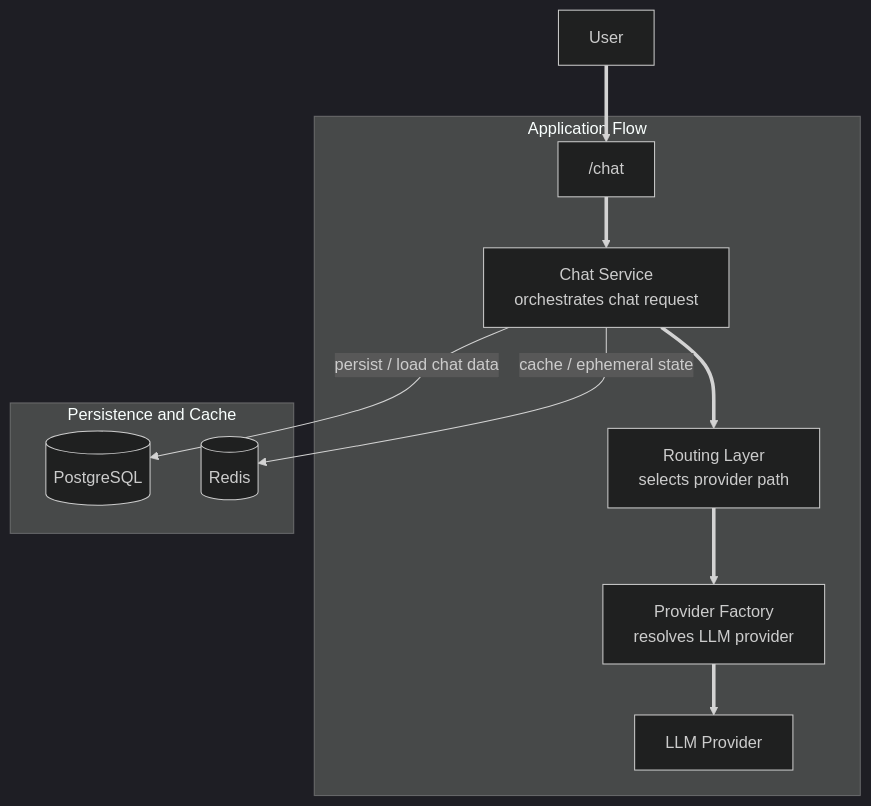
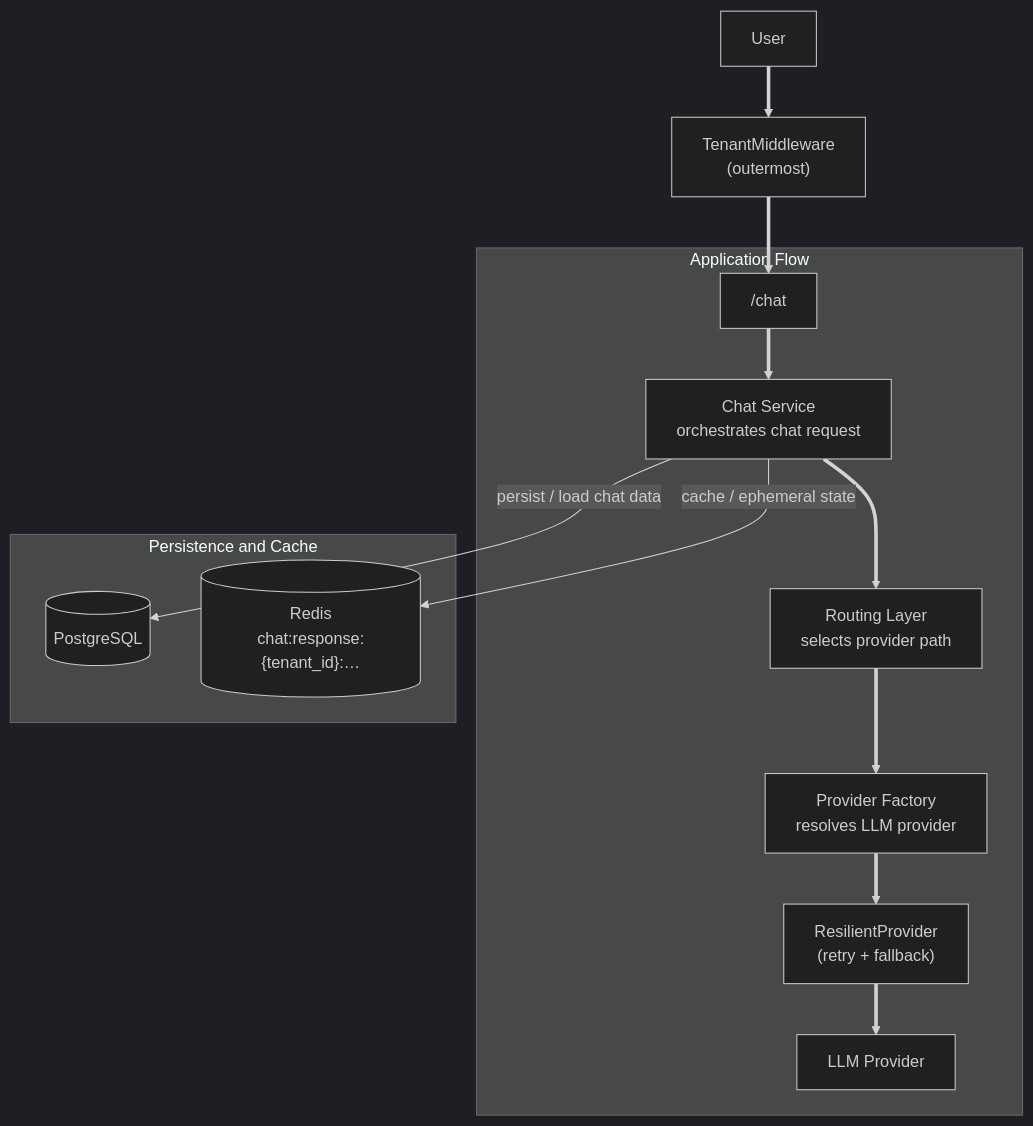
The diagram in docs/working/diagrams/architecture/chat-flow-architecture-v2.mmd (matudasilva/llm-chat-platform), drawn with Mermaid (dark theme) before and after one commit. The commit also changed 2 other files, not shown here.

Commit message:
docs(ORQ-18.1): update architecture diagrams to reflect current implementation
provider-abstraction-architecture-v1.mmd: add ResilientProvider as explicit
Resilience Layer between ProviderFactory and concrete providers. Factory resolves
to ResilientProvider (not directly to ProviderPort); ResilientProvider implements
ProviderPort and wraps primary/fallback concrete providers.

module-boundaries-architecture-v1.mmd: add http/ subgraph with TenantMiddleware
as outermost module layer; note ResilientProvider alongside Concrete Providers.

chat-flow-architecture-v2.mmd: add TenantMiddleware before /chat, add
ResilientProvider between ProviderFactory and LLM Provider, annotate Redis
with tenant-namespaced key format.

streaming-fallback-sequence-v1.mmd and chat-flow-architecture-v1.mmd: no changes
(accurate at their level of abstraction).

```diff
--- a/docs/working/diagrams/architecture/chat-flow-architecture-v2.mmd
+++ b/docs/working/diagrams/architecture/chat-flow-architecture-v2.mmd
@@ -1,17 +1,19 @@
 flowchart TD
-    U["User"] ==> API["/chat"]
+    U["User"] ==> TM["TenantMiddleware<br/>(outermost)"]
+    TM ==> API["/chat"]
 
     subgraph APP["Application Flow"]
         API ==> CS["Chat Service<br/>orchestrates chat request"]
         CS ==> RL["Routing Layer<br/>selects provider path"]
         RL ==> PF["Provider Factory<br/>resolves LLM provider"]
-        PF ==> LP["LLM Provider"]
+        PF ==> RP["ResilientProvider<br/>(retry + fallback)"]
+        RP ==> LP["LLM Provider"]
     end
 
     subgraph STATE["Persistence and Cache"]
         PG[("PostgreSQL")]
-        RD[("Redis")]
+        RD[("Redis<br/>chat:response:{tenant_id}:…")]
     end
 
     CS -->|persist / load chat data| PG
     CS -->|cache / ephemeral state| RD
```
